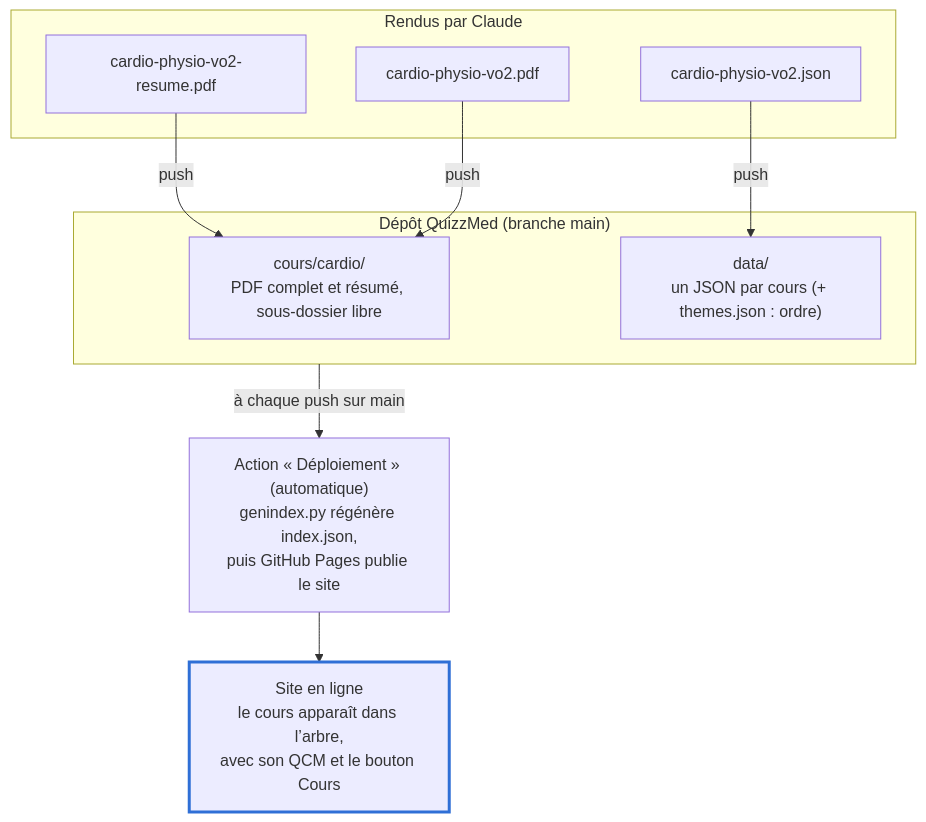
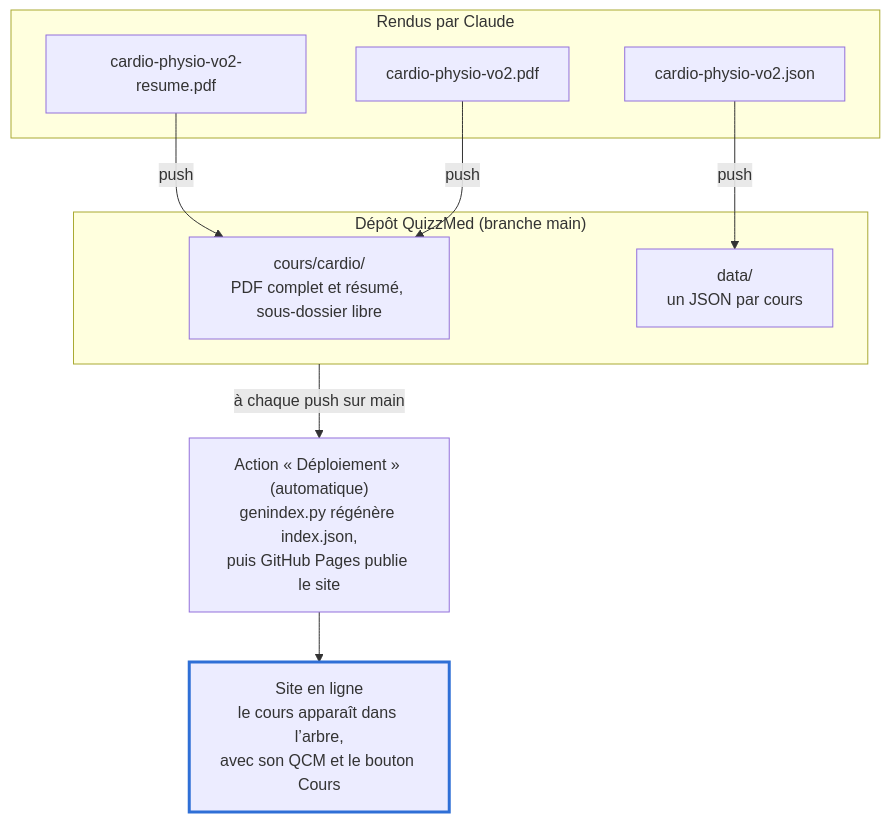
Before and after one commit to ValentinStudMedRennes/QuizzMed: the second of 2 diagrams in README.md, drawn with Mermaid. The commit also changed other lines of this file and 14 other files, not shown here.

````diff
--- a/README.md
+++ b/README.md
@@ -90,19 +90,19 @@
 ```mermaid
 flowchart TB
   subgraph V["Rendus par Claude"]
     R["cardio-physio-vo2-resume.pdf"]
     P["cardio-physio-vo2.pdf"]
     J["cardio-physio-vo2.json"]
   end
   subgraph G["Dépôt QuizzMed (branche main)"]
     C["cours/cardio/<br/>PDF complet et résumé, sous-dossier libre"]
-    DA["data/<br/>un JSON par cours (+ themes.json : ordre)"]
+    DA["data/<br/>un JSON par cours"]
   end
   R -- push --> C
   P -- push --> C
   J -- push --> DA
   G -- "à chaque push sur main" --> AC["Action « Déploiement » (automatique)<br/>genindex.py régénère index.json,<br/>puis GitHub Pages publie le site"]
   AC --> S["Site en ligne<br/>le cours apparaît dans l’arbre,<br/>avec son QCM et le bouton Cours"]
   classDef cle stroke:#2f6fd6,stroke-width:3px
   class S cle
 ```
````
